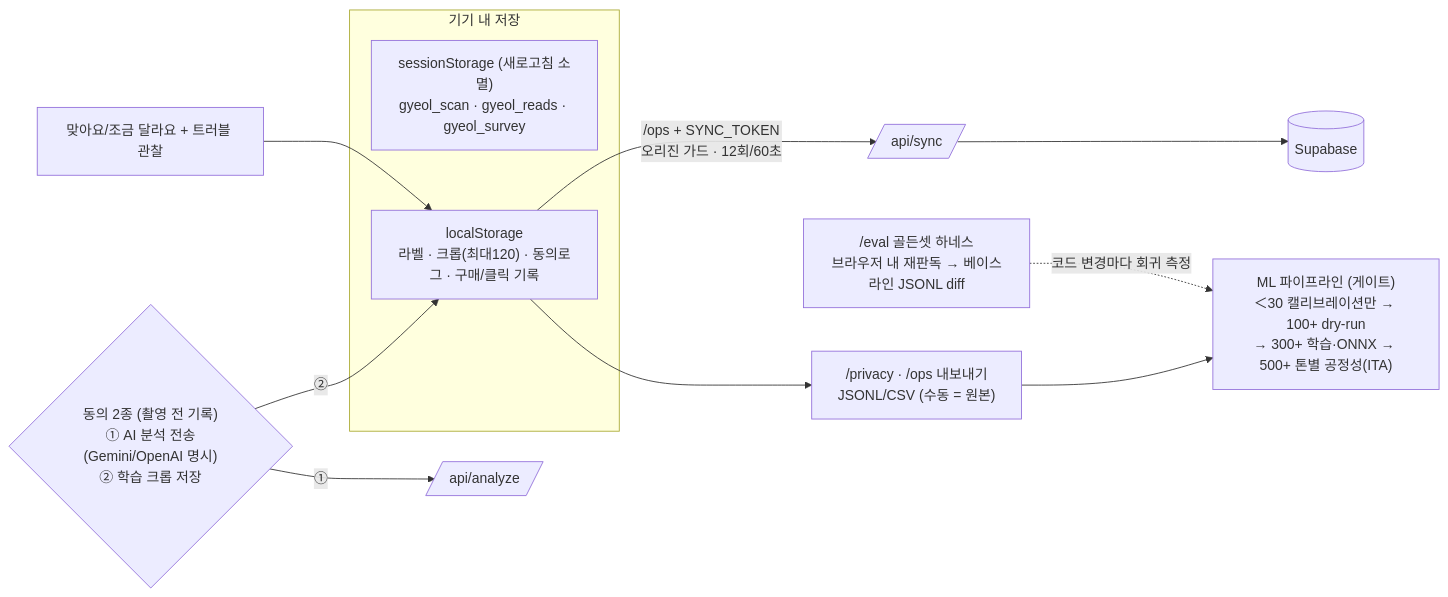
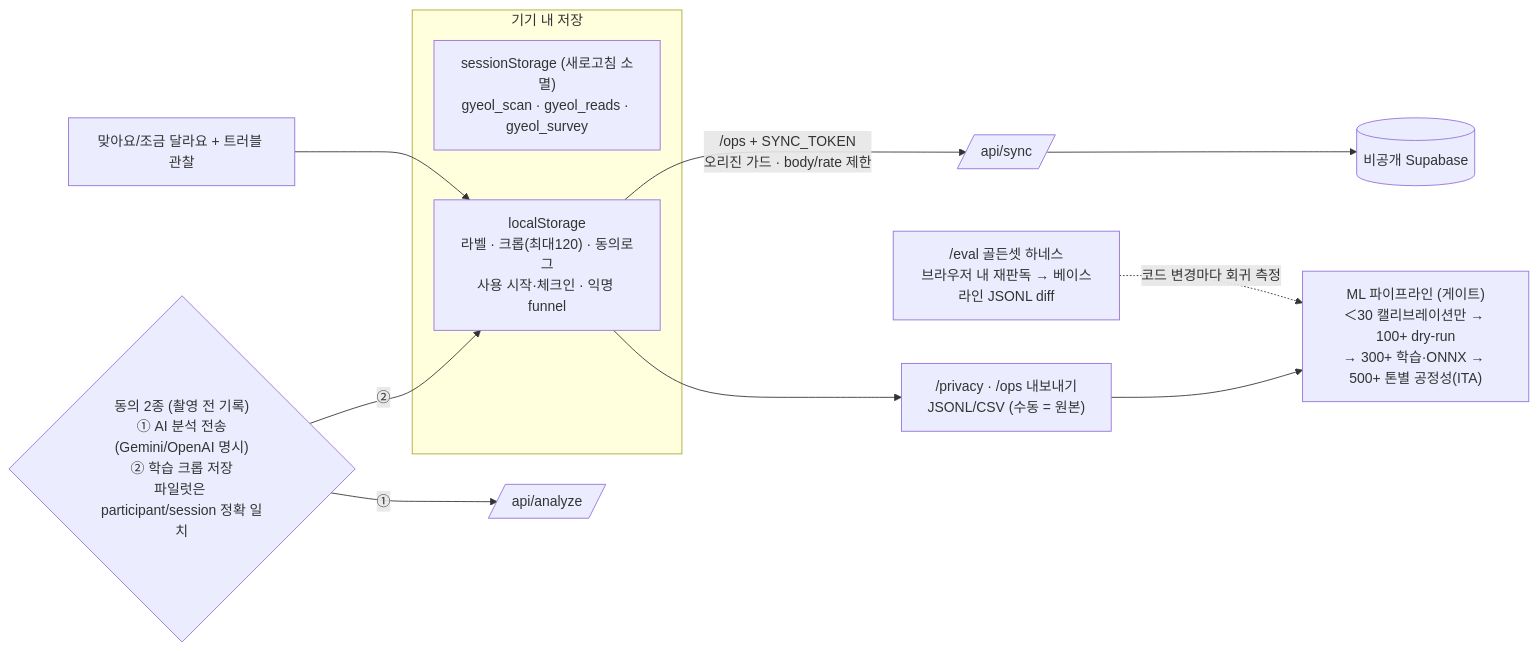
The fourth of 5 diagrams in docs/architecture.md (seonkistall/aru), drawn with Mermaid before and after one commit. The commit also changed other lines of this file and 8 other files, not shown here.

````diff
--- a/docs/architecture.md
+++ b/docs/architecture.md
@@ -92,17 +96,17 @@
 ```mermaid
 flowchart LR
     subgraph Device["기기 내 저장"]
         SS["sessionStorage (새로고침 소멸)<br/>gyeol_scan · gyeol_reads · gyeol_survey"]
-        LS["localStorage<br/>라벨 · 크롭(최대120) · 동의로그 · 구매/클릭 기록"]
+        LS["localStorage<br/>라벨 · 크롭(최대120) · 동의로그<br/>사용 시작·체크인 · 익명 funnel"]
     end
 
-    CONSENT{"동의 2종 (촬영 전 기록)<br/>① AI 분석 전송(Gemini/OpenAI 명시)<br/>② 학습 크롭 저장"} -->|①| API1[/api/analyze/]
+    CONSENT{"동의 2종 (촬영 전 기록)<br/>① AI 분석 전송(Gemini/OpenAI 명시)<br/>② 학습 크롭 저장<br/>파일럿은 participant/session 정확 일치"} -->|①| API1[/api/analyze/]
     CONSENT -->|②| LS
     FEEDBACK["맞아요/조금 달라요 + 트러블 관찰"] --> LS
 
     LS --> EXPORT["/privacy · /ops 내보내기<br/>JSONL/CSV (수동 = 원본)"]
-    LS -- "/ops + SYNC_TOKEN<br/>오리진 가드 · 12회/60초" --> SYNC[/api/sync/] --> SB[(Supabase)]
+    LS -- "/ops + SYNC_TOKEN<br/>오리진 가드 · body/rate 제한" --> SYNC[/api/sync/] --> SB[(비공개 Supabase)]
 
     EXPORT --> PIPE["ML 파이프라인 (게이트)<br/>＜30 캘리브레이션만 → 100+ dry-run<br/>→ 300+ 학습·ONNX → 500+ 톤별 공정성(ITA)"]
     GOLD["/eval 골든셋 하네스<br/>브라우저 내 재판독 → 베이스라인 JSONL diff"] -.코드 변경마다 회귀 측정.-> PIPE
 ```
````
